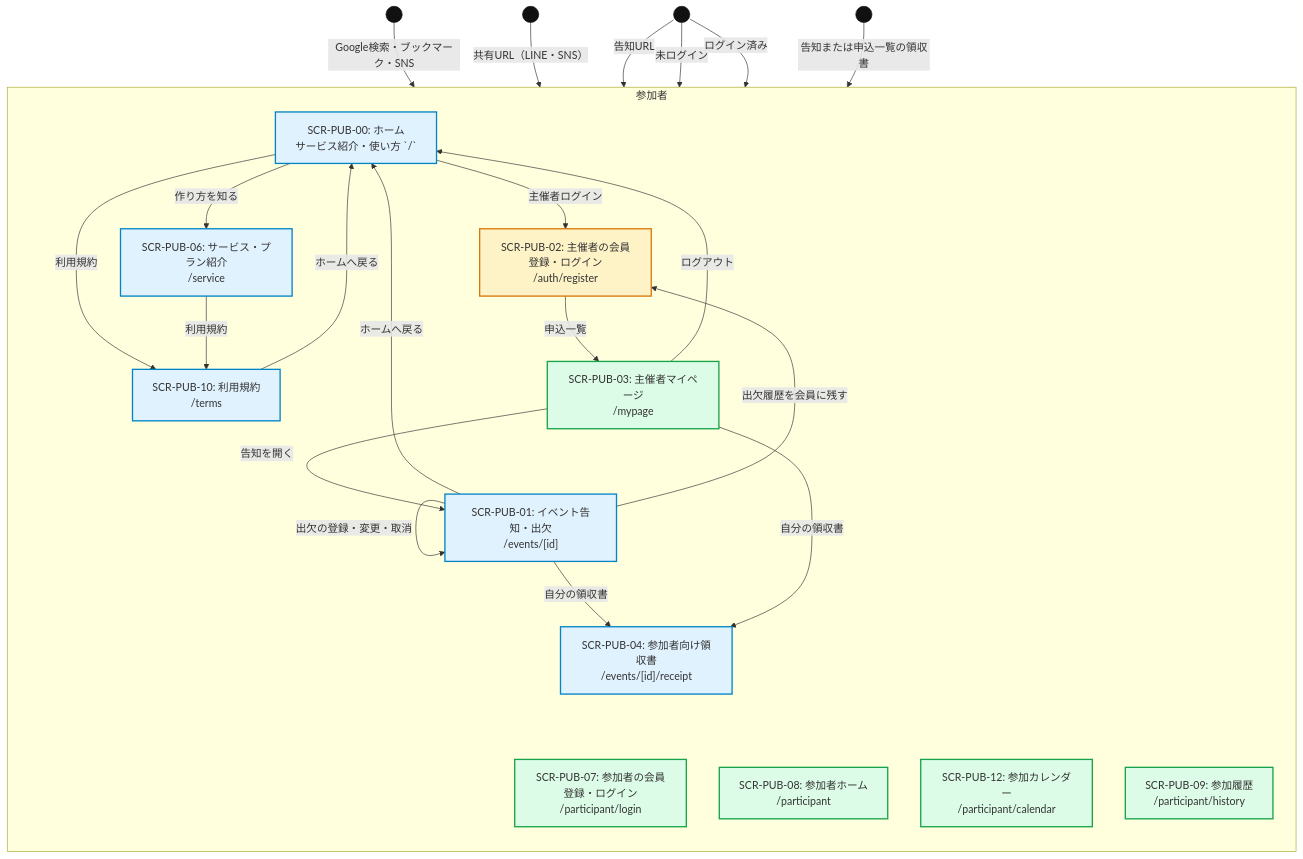
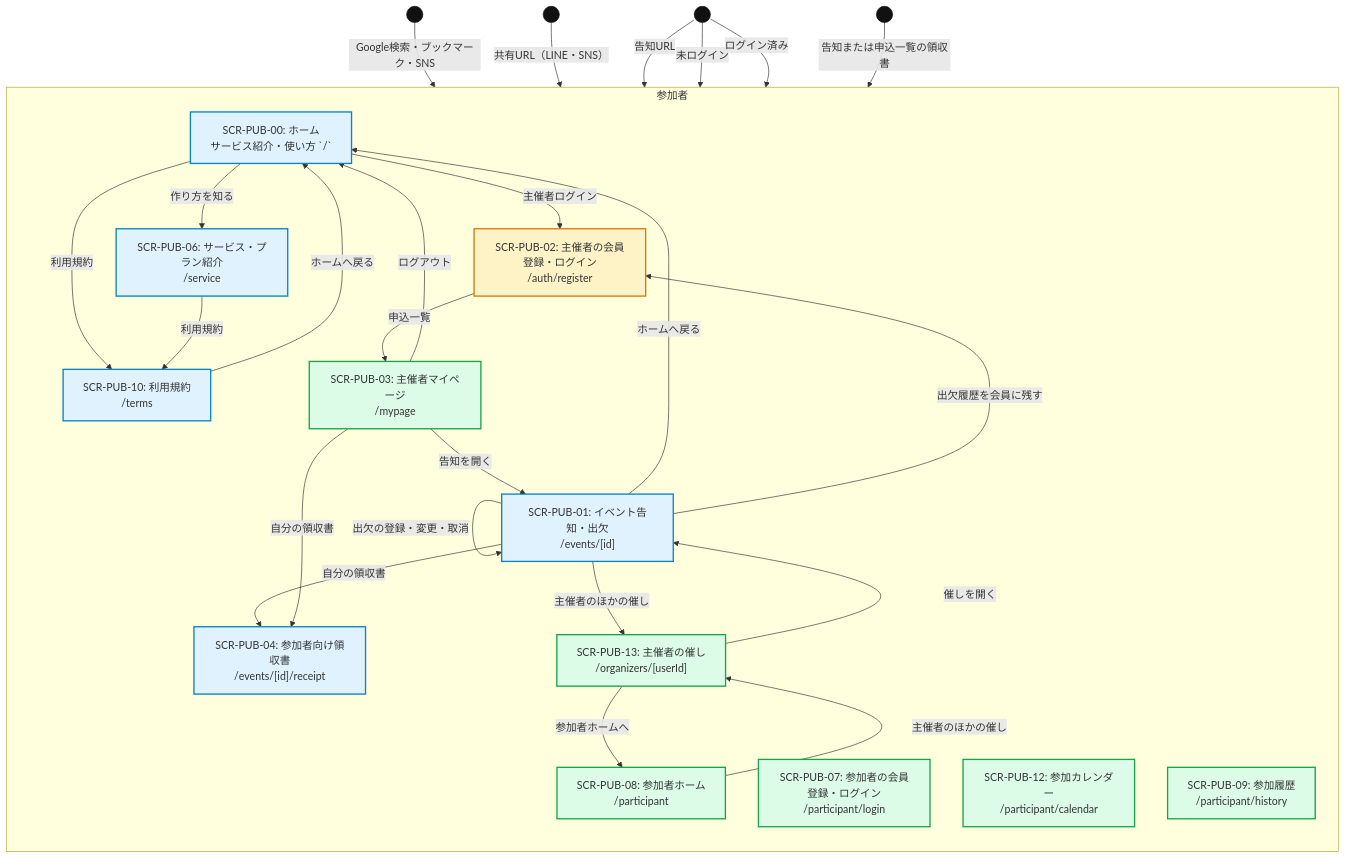
The first of 3 diagrams in docs/overall_system_requirements_common.md (HirofumiSato/EventKreater), drawn with Mermaid before and after one commit. The commit also changed other lines of this file and 15 other files, not shown here.

````diff
--- a/docs/overall_system_requirements_common.md
+++ b/docs/overall_system_requirements_common.md
@@ -764,48 +783,53 @@
 ```mermaid
 graph TD
     classDef public fill:#E0F2FE,stroke:#0284C7,stroke-width:2px;
     classDef member fill:#DCFCE7,stroke:#16A34A,stroke-width:2px;
     classDef organizer fill:#FEF3C7,stroke:#D97706,stroke-width:2px;
     classDef initial fill:#111111,stroke:#111111,color:#111111;
 
     S_UNKNOWN((●)):::initial
     S_SHARE((●)):::initial
     S_REVISIT((●)):::initial
     S_RECEIPT((●)):::initial
 
     subgraph attendee["参加者"]
         direction TB
         PUB00["SCR-PUB-00: ホーム<br/>サービス紹介・使い方 `/`"]:::public
         PUB06["SCR-PUB-06: サービス・プラン紹介<br/>/service"]:::public
         PUB10["SCR-PUB-10: 利用規約<br/>/terms"]:::public
         PUB01["SCR-PUB-01: イベント告知・出欠<br/>/events/[id]"]:::public
         PUB04["SCR-PUB-04: 参加者向け領収書<br/>/events/[id]/receipt"]:::public
         PUB02["SCR-PUB-02: 主催者の会員登録・ログイン<br/>/auth/register"]:::organizer
         PUB07["SCR-PUB-07: 参加者の会員登録・ログイン<br/>/participant/login"]:::member
         PUB08["SCR-PUB-08: 参加者ホーム<br/>/participant"]:::member
         PUB12["SCR-PUB-12: 参加カレンダー<br/>/participant/calendar"]:::member
         PUB09["SCR-PUB-09: 参加履歴<br/>/participant/history"]:::member
+        PUB13["SCR-PUB-13: 主催者の催し<br/>/organizers/[userId]"]:::member
         PUB03["SCR-PUB-03: 主催者マイページ<br/>/mypage"]:::member
     end
 
     S_UNKNOWN -->|Google検索・ブックマーク・SNS| PUB00
     PUB00 -->|作り方を知る| PUB06
     PUB00 -->|利用規約| PUB10
     PUB06 -->|利用規約| PUB10
     PUB10 -->|ホームへ戻る| PUB00
     PUB00 -->|主催者ログイン| PUB02
     S_SHARE -->|共有URL（LINE・SNS）| PUB01
     S_REVISIT -->|告知URL| PUB01
     S_REVISIT -->|未ログイン| PUB00
     S_REVISIT -->|ログイン済み| PUB03
     S_RECEIPT -->|告知または申込一覧の領収書| PUB04
 
     PUB01 -->|出欠の登録・変更・取消| PUB01
     PUB01 -->|ホームへ戻る| PUB00
     PUB01 -->|出欠履歴を会員に残す| PUB02
     PUB01 -->|自分の領収書| PUB04
     PUB02 -->|申込一覧| PUB03
     PUB03 -->|告知を開く| PUB01
     PUB03 -->|自分の領収書| PUB04
     PUB03 -->|ログアウト| PUB00
+    PUB01 -->|主催者のほかの催し| PUB13
+    PUB08 -->|主催者のほかの催し| PUB13
+    PUB13 -->|催しを開く| PUB01
+    PUB13 -->|参加者ホームへ| PUB08
 ```
````
